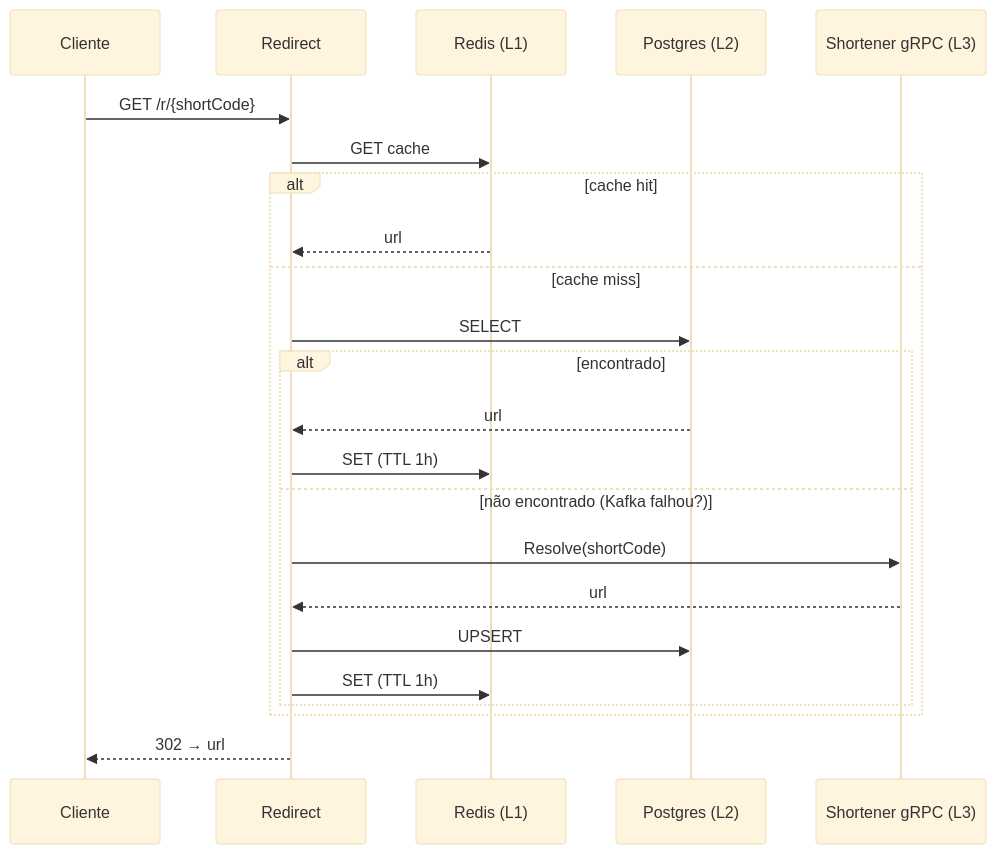
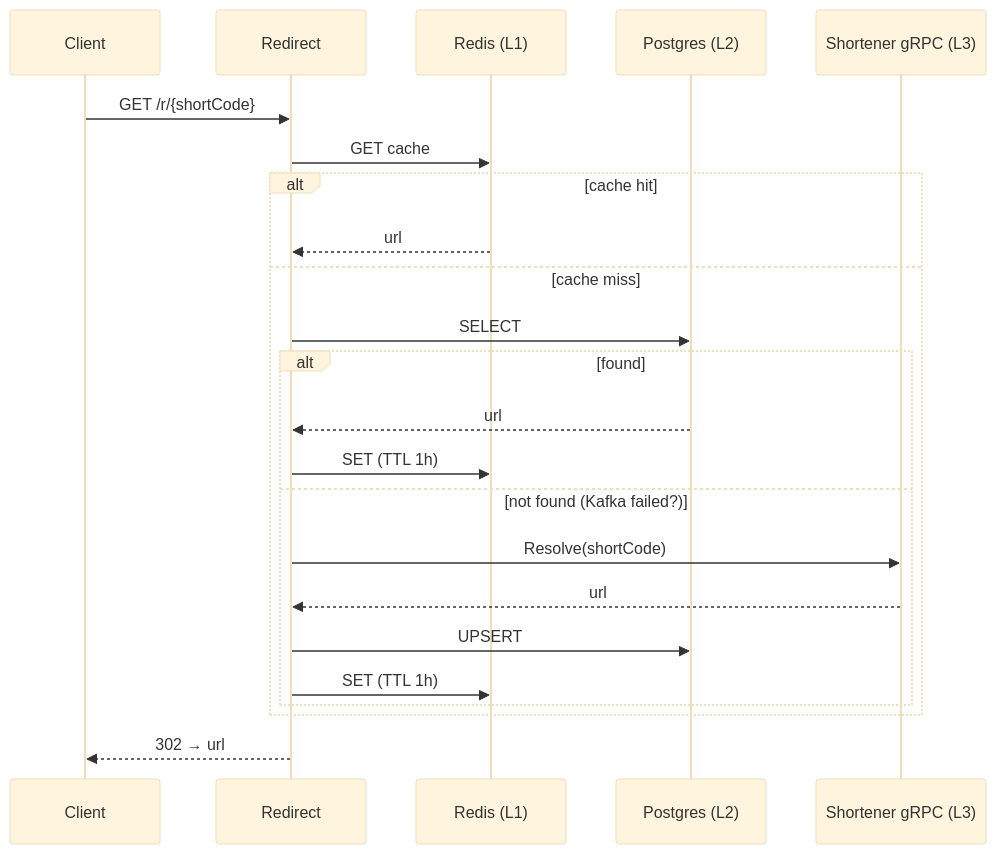
The third of 3 diagrams in README.md (leonardolimaArt/linkforge), drawn with Mermaid (base theme) before and after one commit. The commit also changed other lines of this file and 2 other files, not shown here.

````diff
--- a/README.md
+++ b/README.md
@@ -108,26 +108,26 @@
 ```mermaid
 sequenceDiagram
-    participant U as Cliente
+    participant U as Client
     participant R as Redirect
     participant L1 as Redis (L1)
     participant L2 as Postgres (L2)
     participant L3 as Shortener gRPC (L3)
 
     U->>R: GET /r/{shortCode}
     R->>L1: GET cache
     alt cache hit
         L1-->>R: url
     else cache miss
         R->>L2: SELECT
-        alt encontrado
+        alt found
             L2-->>R: url
             R->>L1: SET (TTL 1h)
-        else não encontrado (Kafka falhou?)
+        else not found (Kafka failed?)
             R->>L3: Resolve(shortCode)
             L3-->>R: url
             R->>L2: UPSERT
             R->>L1: SET (TTL 1h)
         end
     end
     R-->>U: 302 → url
 ```
````
